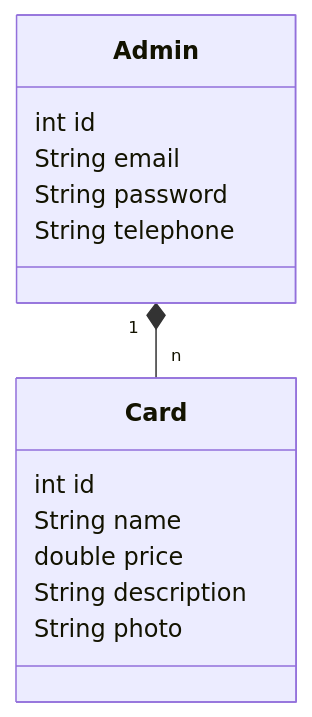
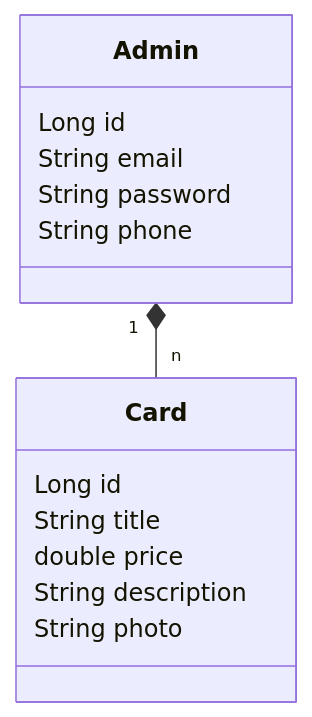
Before and after one commit to Geovanej7/Catalogo-api: the diagram in README.md, drawn with Mermaid.

````diff
--- a/README.md
+++ b/README.md
@@ -6,20 +6,20 @@
 ```mermaid
 classDiagram
     class Admin {
-        int id
+        Long id
         String email
         String password
-        String telephone
+        String phone
     }
 
     class Card {
-        int id
-        String name
+        Long id
+        String title
         double price
         String description
         String photo
     }
 
 Admin "1" *-- "n" Card
 
 ```
````
